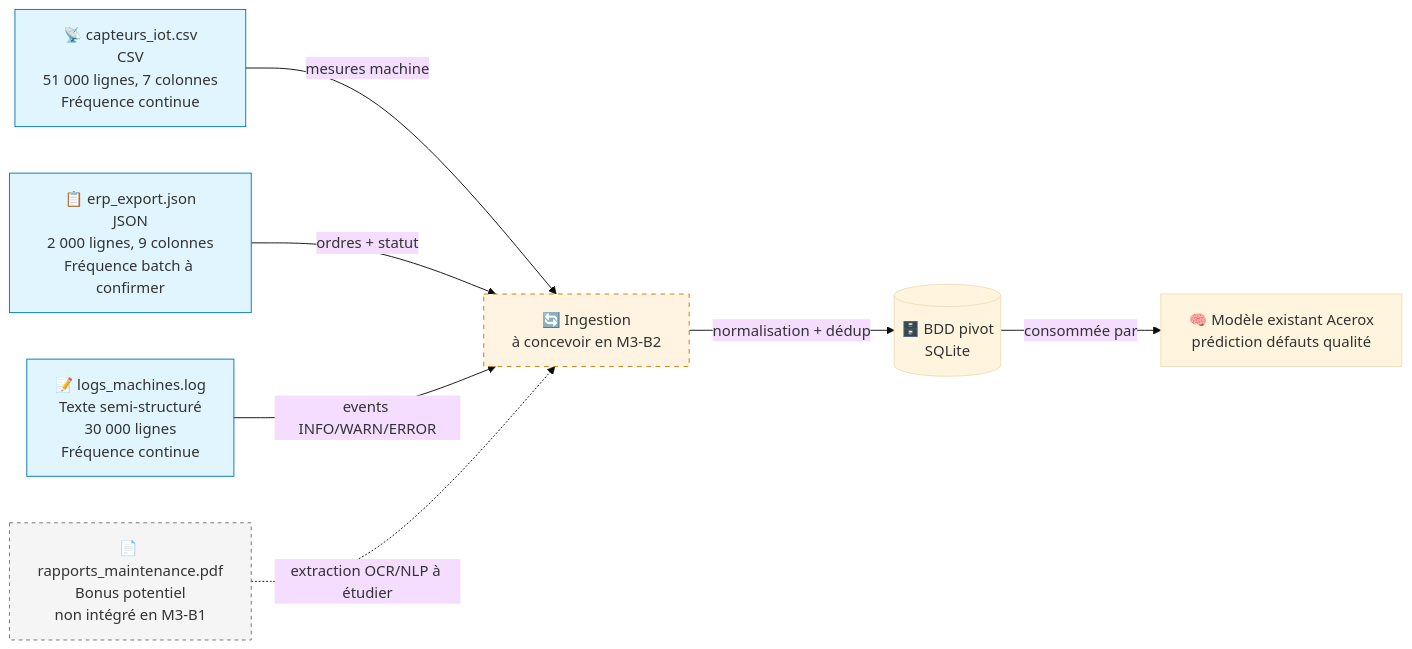
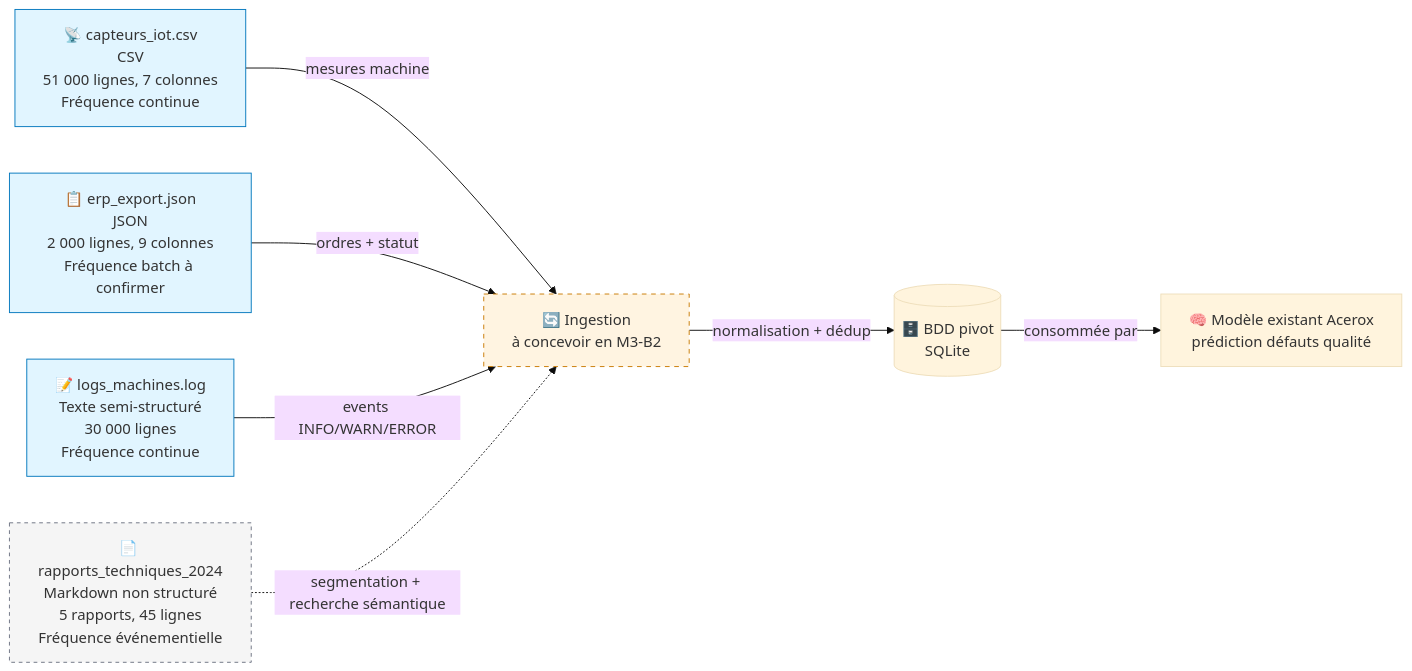
Before and after one commit to userZku/ia-atos-parcours-m3-b1: the diagram in flux_donnees.md, drawn with Mermaid (base theme). The commit also changed other lines of this file and 1 other file, not shown here.

````diff
--- a/flux_donnees.md
+++ b/flux_donnees.md
@@ -13,26 +13,26 @@
 ```mermaid
 flowchart LR
     %% Sources identifiées en M3-B1
     SRC_IOT[📡 capteurs_iot.csv<br/>CSV<br/>51 000 lignes, 7 colonnes<br/>Fréquence continue]
     SRC_ERP[📋 erp_export.json<br/>JSON<br/>2 000 lignes, 9 colonnes<br/>Fréquence batch à confirmer]
     SRC_LOG[📝 logs_machines.log<br/>Texte semi-structuré<br/>30 000 lignes<br/>Fréquence continue]
-    SRC_PDF[📄 rapports_maintenance.pdf<br/>Bonus potentiel<br/>non intégré en M3-B1]
+    SRC_RPT[📄 rapports_techniques_2024<br/>Markdown non structuré<br/>5 rapports, 45 lignes<br/>Fréquence événementielle]
 
     INGEST[🔄 Ingestion<br/>à concevoir en M3-B2]
     BDD[(🗄️ BDD pivot<br/>SQLite)]
     MODEL[🧠 Modèle existant Acerox<br/>prédiction défauts qualité]
 
     SRC_IOT -->|mesures machine| INGEST
     SRC_ERP -->|ordres + statut| INGEST
     SRC_LOG -->|events INFO/WARN/ERROR| INGEST
-    SRC_PDF -.->|extraction OCR/NLP à étudier| INGEST
+    SRC_RPT -.->|segmentation + recherche sémantique| INGEST
     INGEST -->|normalisation + dédup| BDD
     BDD -->|consommée par| MODEL
 
     classDef source fill:#e1f5ff,stroke:#0277bd
     classDef bonus fill:#f5f5f5,stroke:#6b7280,stroke-dasharray: 4 4
     classDef tofix fill:#fff4e1,stroke:#c97a00,stroke-dasharray: 5 5
     class SRC_IOT,SRC_ERP,SRC_LOG source
-    class SRC_PDF bonus
+    class SRC_RPT bonus
     class INGEST tofix
 ```
````
